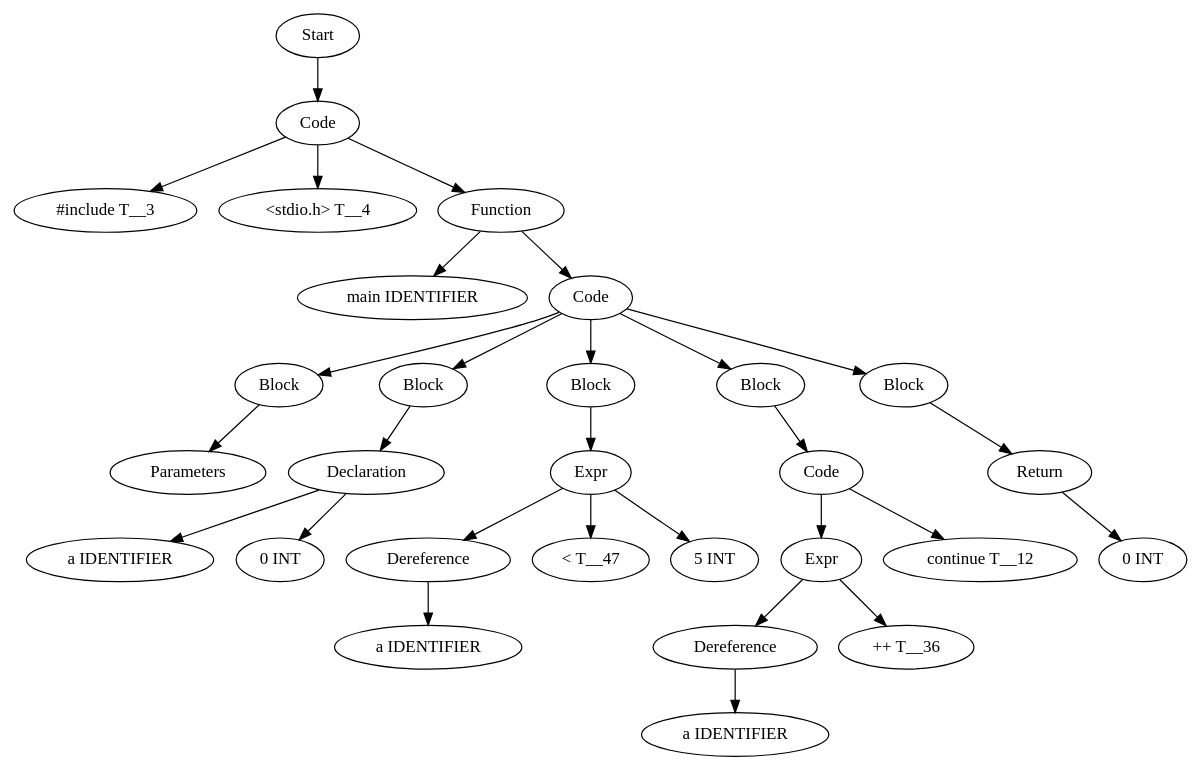
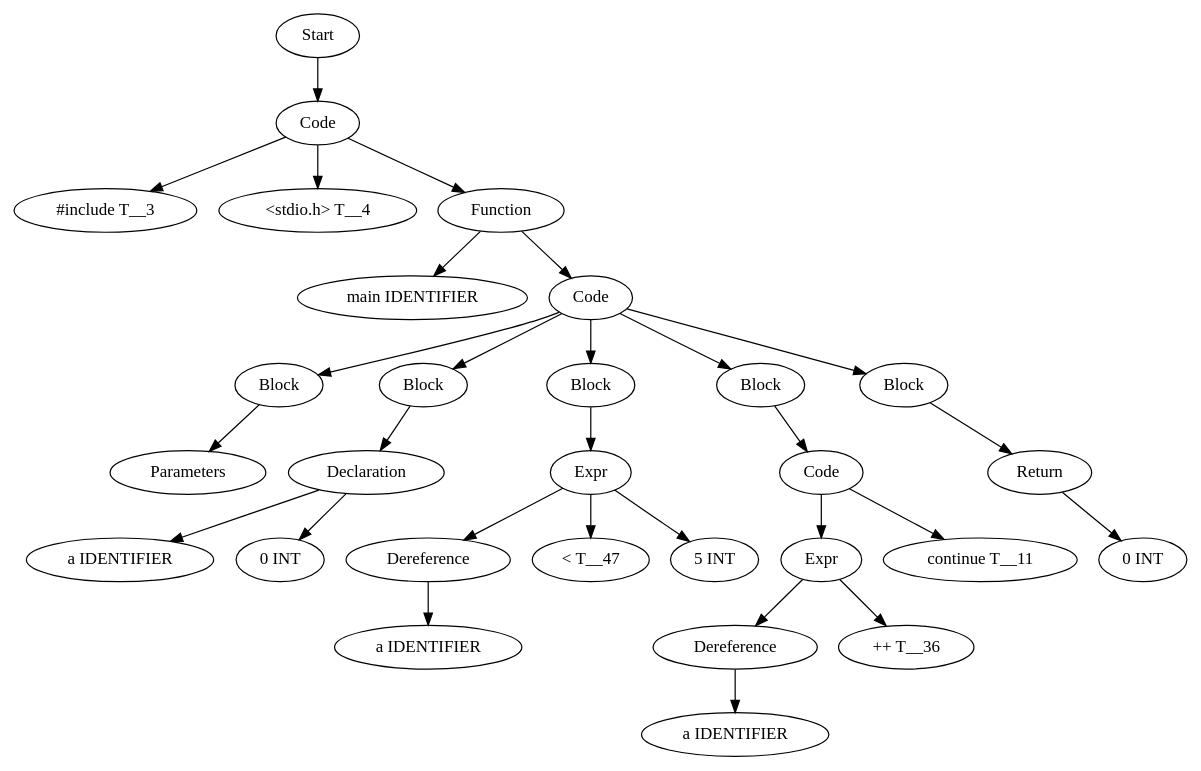
Before and after one commit to Are-you-listening/Compilers: the diagram in TestCases/ASTTests/DeadCodeRemoveTests/createTests/read_file_after.dot, drawn with Graphviz. The commit also changed 168 other files, not shown here.

```diff
--- a/TestCases/ASTTests/DeadCodeRemoveTests/createTests/read_file_after.dot
+++ b/TestCases/ASTTests/DeadCodeRemoveTests/createTests/read_file_after.dot
@@ -1,59 +1,59 @@
 digraph AST {
-  "125406169889088" [label="Start"];
-  "125406169889088" -> "125406170097520";
-  "125406170097520" [label="Code"];
-  "125406170097520" -> "125406170095360";
-  "125406170097520" -> "125406170096272";
-  "125406170097520" -> "125406170096320";
-  "125406170095360" [label="#include T__3"];
-  "125406170096272" [label="<stdio.h> T__4"];
-  "125406170096320" [label="Function"];
-  "125406170096320" -> "125406170089264";
-  "125406170096320" -> "125406170095264";
-  "125406170089264" [label="main IDENTIFIER"];
-  "125406170095264" [label="Code"];
-  "125406170095264" -> "125406170088160";
-  "125406170095264" -> "125406170090176";
-  "125406170095264" -> "125406170090080";
-  "125406170095264" -> "125406170096656";
-  "125406170095264" -> "125406170094592";
-  "125406170088160" [label="Block"];
-  "125406170088160" -> "125406170089648";
-  "125406170089648" [label="Parameters"];
-  "125406170090176" [label="Block"];
-  "125406170090176" -> "125406170092912";
-  "125406170092912" [label="Declaration"];
-  "125406170092912" -> "125406170093056";
-  "125406170092912" -> "125406170093104";
-  "125406170093056" [label="a IDENTIFIER"];
-  "125406170093104" [label="0 INT"];
-  "125406170090080" [label="Block"];
-  "125406170090080" -> "125406170093488";
-  "125406170093488" [label="Expr"];
-  "125406170093488" -> "125406170092864";
-  "125406170093488" -> "125406170096608";
-  "125406170093488" -> "125406170089792";
-  "125406170092864" [label="Dereference"];
-  "125406170092864" -> "125406170090272";
-  "125406170090272" [label="a IDENTIFIER"];
-  "125406170096608" [label="< T__47"];
-  "125406170089792" [label="5 INT"];
-  "125406170096656" [label="Block"];
-  "125406170096656" -> "125406170096512";
-  "125406170096512" [label="Code"];
-  "125406170096512" -> "125406170094352";
-  "125406170096512" -> "125406170094784";
-  "125406170094352" [label="Expr"];
-  "125406170094352" -> "125406170094256";
-  "125406170094352" -> "125406170094304";
-  "125406170094256" [label="Dereference"];
-  "125406170094256" -> "125406170095072";
-  "125406170095072" [label="a IDENTIFIER"];
-  "125406170094304" [label="++ T__36"];
-  "125406170094784" [label="continue T__12"];
-  "125406170094592" [label="Block"];
-  "125406170094592" -> "125406170095024";
-  "125406170095024" [label="Return"];
-  "125406170095024" -> "125406170097568";
-  "125406170097568" [label="0 INT"];
+  "124518464308944" [label="Start"];
+  "124518464308944" -> "124518464561424";
+  "124518464561424" [label="Code"];
+  "124518464561424" -> "124518464559264";
+  "124518464561424" -> "124518464560176";
+  "124518464561424" -> "124518464560224";
+  "124518464559264" [label="#include T__3"];
+  "124518464560176" [label="<stdio.h> T__4"];
+  "124518464560224" [label="Function"];
+  "124518464560224" -> "124518464553840";
+  "124518464560224" -> "124518464559168";
+  "124518464553840" [label="main IDENTIFIER"];
+  "124518464559168" [label="Code"];
+  "124518464559168" -> "124518464553456";
+  "124518464559168" -> "124518464556816";
+  "124518464559168" -> "124518464557296";
+  "124518464559168" -> "124518464560560";
+  "124518464559168" -> "124518464558880";
+  "124518464553456" [label="Block"];
+  "124518464553456" -> "124518464553600";
+  "124518464553600" [label="Parameters"];
+  "124518464556816" [label="Block"];
+  "124518464556816" -> "124518464556864";
+  "124518464556864" [label="Declaration"];
+  "124518464556864" -> "124518464557008";
+  "124518464556864" -> "124518464557056";
+  "124518464557008" [label="a IDENTIFIER"];
+  "124518464557056" [label="0 INT"];
+  "124518464557296" [label="Block"];
+  "124518464557296" -> "124518464557200";
+  "124518464557200" [label="Expr"];
+  "124518464557200" -> "124518464554512";
+  "124518464557200" -> "124518464560512";
+  "124518464557200" -> "124518464553888";
+  "124518464554512" [label="Dereference"];
+  "124518464554512" -> "124518464556624";
+  "124518464556624" [label="a IDENTIFIER"];
+  "124518464560512" [label="< T__47"];
+  "124518464553888" [label="5 INT"];
+  "124518464560560" [label="Block"];
+  "124518464560560" -> "124518464560416";
+  "124518464560416" [label="Code"];
+  "124518464560416" -> "124518464558064";
+  "124518464560416" -> "124518464553648";
+  "124518464558064" [label="Expr"];
+  "124518464558064" -> "124518464558304";
+  "124518464558064" -> "124518464558016";
+  "124518464558304" [label="Dereference"];
+  "124518464558304" -> "124518464553744";
+  "124518464553744" [label="a IDENTIFIER"];
+  "124518464558016" [label="++ T__36"];
+  "124518464553648" [label="continue T__11"];
+  "124518464558880" [label="Block"];
+  "124518464558880" -> "124518464554416";
+  "124518464554416" [label="Return"];
+  "124518464554416" -> "124518464561472";
+  "124518464561472" [label="0 INT"];
 }
```
